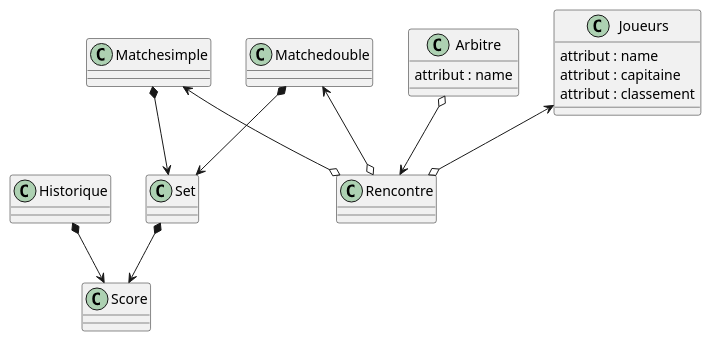
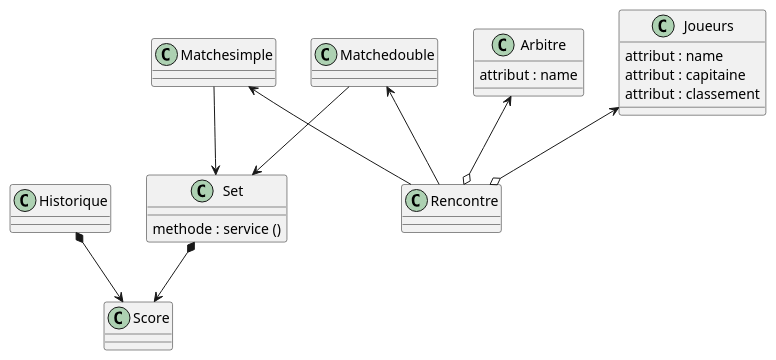
The diagram in assets/php/competition_ping_pong.puml (davidbrylka/Ping-Pong), drawn with PlantUML before and after one commit.

Commit message:
08/10/2021 13:55

```diff
--- a/assets/php/competition_ping_pong.puml
+++ b/assets/php/competition_ping_pong.puml
@@ -1,54 +1,55 @@
 @startuml "Enfer"
 
 
 class Matchesimple{
 
 }
 class Matchedouble{
 
 }
 
 
 class Arbitre{
     attribut : name
 }
 
 class Joueurs{
     attribut : name
     attribut : capitaine
     attribut : classement
 }
 
 class Set{
+    methode : service ()
 }
 
 class Score{
 
 }
 
 class Rencontre{
 
 }
 class Historique{
 
 }
 
 Joueurs <--o Rencontre
-Matchesimple <--o Rencontre
-Matchedouble <--o Rencontre
+Matchesimple <-- Rencontre
+Matchedouble <-- Rencontre
 
 Historique*-->Score
 
 Set *--> Score
-Matchesimple *-->Set
-Matchedouble *-->Set
+Matchesimple -->Set
+Matchedouble -->Set
 
-Arbitre o-->Rencontre
+Arbitre <--o Rencontre
 
 
 
 
 
 
 
 @enduml
```
